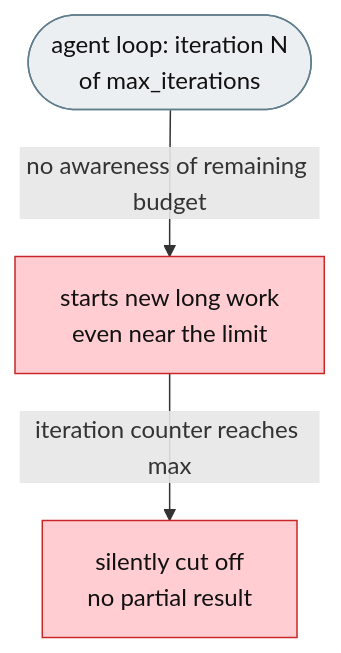
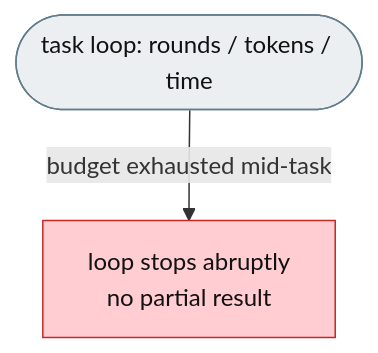
Before and after one commit to michaelatamuk/agentic-desk: the first of 3 diagrams in docs-michael/issues/jiuwenswarm/0368-feat-iteration-budget-awareness.md, drawn with Mermaid. The commit also changed other lines of this file and 1 other file, not shown here.

````diff
--- a/docs-michael/issues/jiuwenswarm/0368-feat-iteration-budget-awareness.md
+++ b/docs-michael/issues/jiuwenswarm/0368-feat-iteration-budget-awareness.md
@@ -14,8 +14,7 @@
 ```mermaid
 flowchart TD
-    classDef fail fill:#FFCDD2,color:#111,stroke:#C62828
+    classDef fail  fill:#FFCDD2,color:#111,stroke:#C62828
     classDef plain fill:#ECEFF1,color:#111,stroke:#607D8B
-    LOOP(["agent loop: iteration N<br/>of max_iterations"]):::plain
-    LOOP -->|"no awareness of remaining budget"| WORK["starts new long work<br/>even near the limit"]:::fail
-    WORK -->|"iteration counter reaches max"| CUT["silently cut off<br/>no partial result"]:::fail
+    LOOP(["task loop: rounds / tokens / time"]):::plain
+    LOOP -->|"budget exhausted mid-task"| CUT["loop stops abruptly<br/>no partial result"]:::fail
 ```
````
